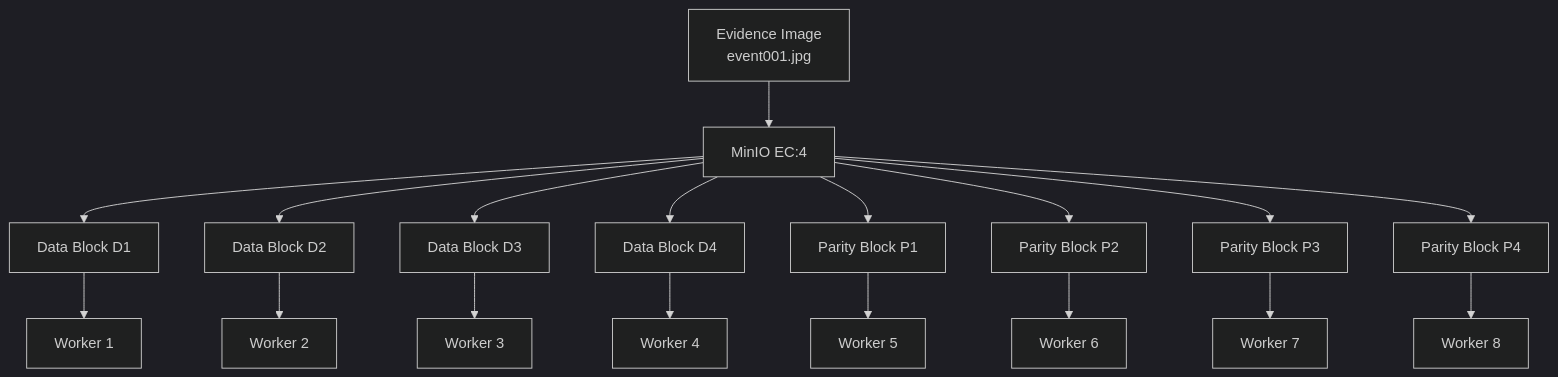
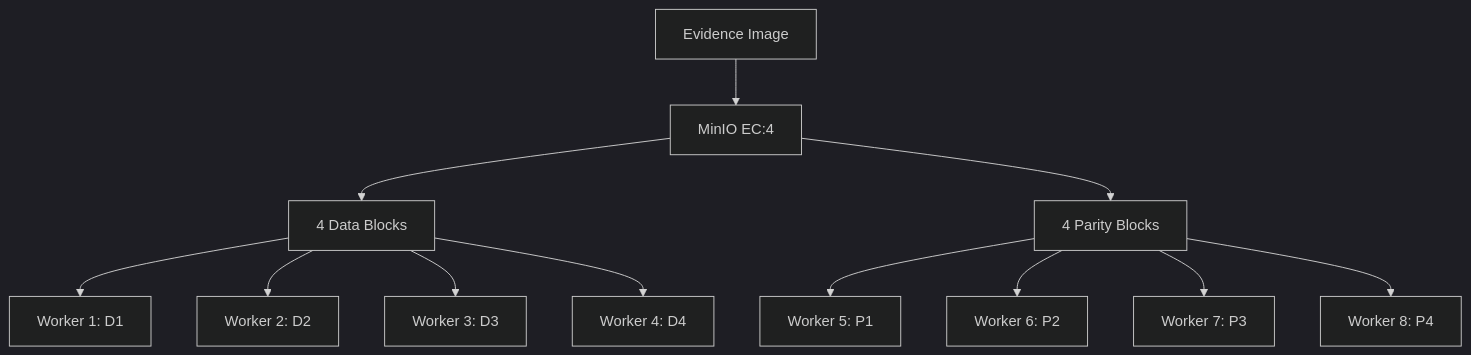
One commit to azazmuzaffar/Newlauncher-5.0 changed the fourth of 6 diagrams in task7-backend-documentation.md. Above: the diagram before and after it, drawn with Mermaid (dark theme). The commit also changed other lines of this file, not shown here.

````diff
--- a/task7-backend-documentation.md
+++ b/task7-backend-documentation.md
@@ -279,22 +285,17 @@
 ```mermaid
 flowchart TB
-    A[Evidence Image<br/>event001.jpg] --> B[MinIO EC:4]
+    A[Evidence Image] --> B[MinIO EC:4]
 
-    B --> D1[Data Block D1]
-    B --> D2[Data Block D2]
-    B --> D3[Data Block D3]
-    B --> D4[Data Block D4]
-    B --> P1[Parity Block P1]
-    B --> P2[Parity Block P2]
-    B --> P3[Parity Block P3]
-    B --> P4[Parity Block P4]
+    B --> D[4 Data Blocks]
+    B --> P[4 Parity Blocks]
 
-    D1 --> W1[Worker 1]
-    D2 --> W2[Worker 2]
-    D3 --> W3[Worker 3]
-    D4 --> W4[Worker 4]
-    P1 --> W5[Worker 5]
-    P2 --> W6[Worker 6]
-    P3 --> W7[Worker 7]
-    P4 --> W8[Worker 8]
+    D --> W1[Worker 1: D1]
+    D --> W2[Worker 2: D2]
+    D --> W3[Worker 3: D3]
+    D --> W4[Worker 4: D4]
+
+    P --> W5[Worker 5: P1]
+    P --> W6[Worker 6: P2]
+    P --> W7[Worker 7: P3]
+    P --> W8[Worker 8: P4]
 ```
````
